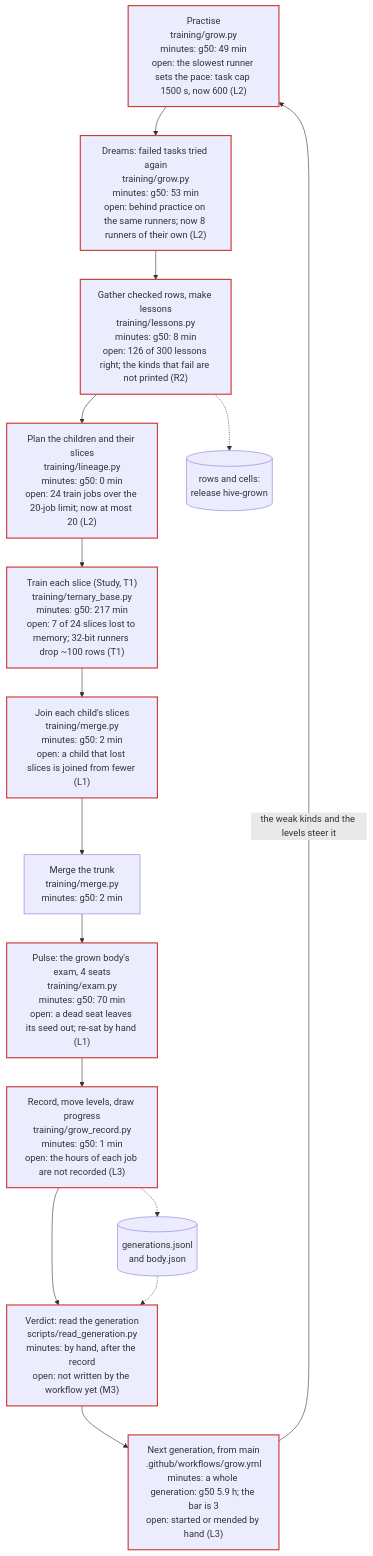
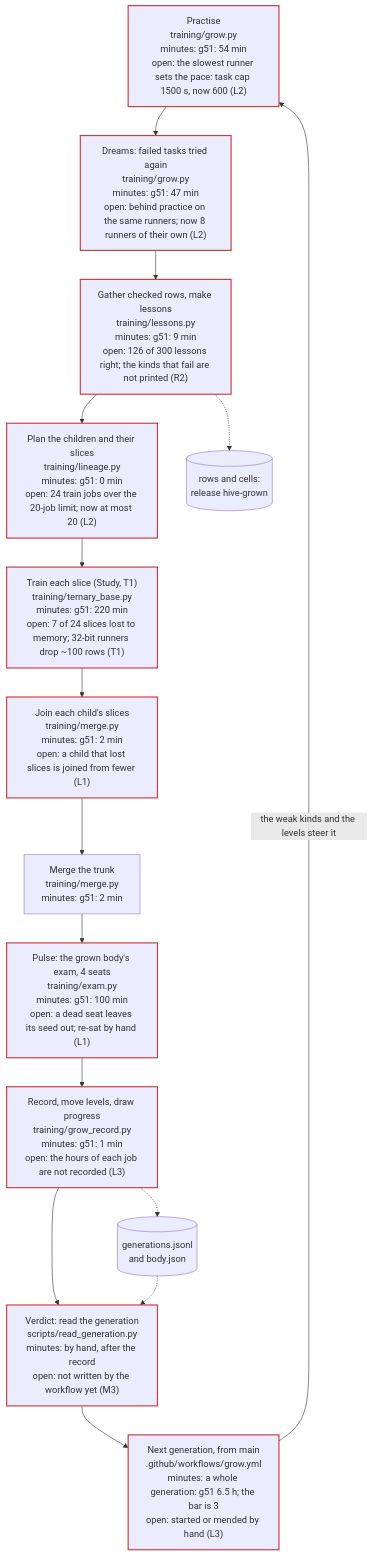
Before and after one commit to Arnav123-s/HiveMIND: the first of 4 diagrams in docs/KNOWLEDGE.md, drawn with Mermaid. The commit also changed 17 other files, not shown here.

Commit message:
The hive's body: generation g51

````diff
--- a/docs/KNOWLEDGE.md
+++ b/docs/KNOWLEDGE.md
@@ -11,31 +11,31 @@
 ```mermaid
 flowchart TD
-  practise["Practise<br/>training/grow.py<br/>minutes: g50: 49 min<br/>open: the slowest runner sets the pace: task cap 1500 s, now 600 (L2)"]:::open
-  dreams["Dreams: failed tasks tried again<br/>training/grow.py<br/>minutes: g50: 53 min<br/>open: behind practice on the same runners; now 8 runners of their own (L2)"]:::open
-  gather["Gather checked rows, make lessons<br/>training/lessons.py<br/>minutes: g50: 8 min<br/>open: 126 of 300 lessons right; the kinds that fail are not printed (R2)"]:::open
-  plan["Plan the children and their slices<br/>training/lineage.py<br/>minutes: g50: 0 min<br/>open: 24 train jobs over the 20-job limit; now at most 20 (L2)"]:::open
-  trainc["Train each slice (Study, T1)<br/>training/ternary_base.py<br/>minutes: g50: 217 min<br/>open: 7 of 24 slices lost to memory; 32-bit runners drop ~100 rows (T1)"]:::open
-  join["Join each child's slices<br/>training/merge.py<br/>minutes: g50: 2 min<br/>open: a child that lost slices is joined from fewer (L1)"]:::open
-  trunk["Merge the trunk<br/>training/merge.py<br/>minutes: g50: 2 min"]
-  pulse["Pulse: the grown body's exam, 4 seats<br/>training/exam.py<br/>minutes: g50: 70 min<br/>open: a dead seat leaves its seed out; re-sat by hand (L1)"]:::open
-  recordg["Record, move levels, draw progress<br/>training/grow_record.py<br/>minutes: g50: 1 min<br/>open: the hours of each job are not recorded (L3)"]:::open
+  practise["Practise<br/>training/grow.py<br/>minutes: g51: 54 min<br/>open: the slowest runner sets the pace: task cap 1500 s, now 600 (L2)"]:::open
+  dreams["Dreams: failed tasks tried again<br/>training/grow.py<br/>minutes: g51: 47 min<br/>open: behind practice on the same runners; now 8 runners of their own (L2)"]:::open
+  gather["Gather checked rows, make lessons<br/>training/lessons.py<br/>minutes: g51: 9 min<br/>open: 126 of 300 lessons right; the kinds that fail are not printed (R2)"]:::open
+  plan["Plan the children and their slices<br/>training/lineage.py<br/>minutes: g51: 0 min<br/>open: 24 train jobs over the 20-job limit; now at most 20 (L2)"]:::open
+  trainc["Train each slice (Study, T1)<br/>training/ternary_base.py<br/>minutes: g51: 220 min<br/>open: 7 of 24 slices lost to memory; 32-bit runners drop ~100 rows (T1)"]:::open
+  join["Join each child's slices<br/>training/merge.py<br/>minutes: g51: 2 min<br/>open: a child that lost slices is joined from fewer (L1)"]:::open
+  trunk["Merge the trunk<br/>training/merge.py<br/>minutes: g51: 2 min"]
+  pulse["Pulse: the grown body's exam, 4 seats<br/>training/exam.py<br/>minutes: g51: 100 min<br/>open: a dead seat leaves its seed out; re-sat by hand (L1)"]:::open
+  recordg["Record, move levels, draw progress<br/>training/grow_record.py<br/>minutes: g51: 1 min<br/>open: the hours of each job are not recorded (L3)"]:::open
   verdictg["Verdict: read the generation<br/>scripts/read_generation.py<br/>minutes: by hand, after the record<br/>open: not written by the workflow yet (M3)"]:::open
-  nextg["Next generation, from main<br/>.github/workflows/grow.yml<br/>minutes: a whole generation: g50 5.9 h; the bar is 3<br/>open: started or mended by hand (L3)"]:::open
+  nextg["Next generation, from main<br/>.github/workflows/grow.yml<br/>minutes: a whole generation: g51 6.5 h; the bar is 3<br/>open: started or mended by hand (L3)"]:::open
   practise --> dreams
   dreams --> gather
   gather --> plan
   plan --> trainc
   trainc --> join
   join --> trunk
   trunk --> pulse
   pulse --> recordg
   recordg --> verdictg
   verdictg --> nextg
   nextg -->|"the weak kinds and the levels steer it"| practise
   rel[("rows and cells:<br/>release hive-grown")]
   rec[("generations.jsonl<br/>and body.json")]
   gather -.-> rel
   recordg -.-> rec
   rec -.-> verdictg
   classDef open stroke:#d03b3b,stroke-width:2px
 ```
````
